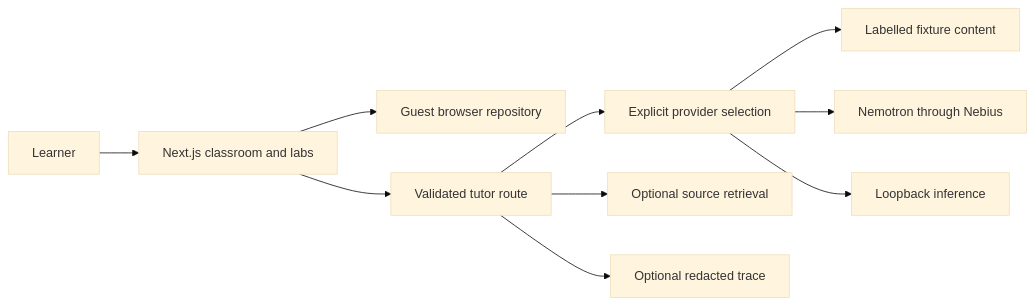
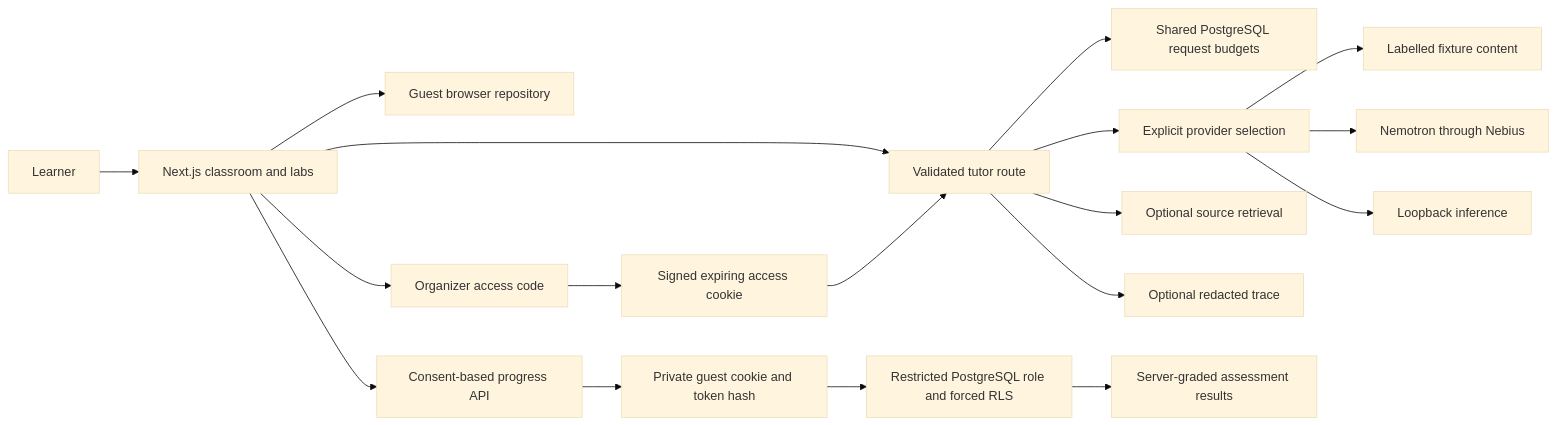
One commit to skmdshariff143-ai/neurolearn-ai changed the diagram in docs/ARCHITECTURE.md. Above: the diagram before and after it, drawn with Mermaid (base theme). The commit also changed other lines of this file and 57 other files, not shown here.

Commit message:
Harden demo access and prepare PostgreSQL persistence and live verification

````diff
--- a/docs/ARCHITECTURE.md
+++ b/docs/ARCHITECTURE.md
@@ -5,12 +5,20 @@
 ```mermaid
 flowchart LR
   Learner --> UI[Next.js classroom and labs]
   UI --> Browser[Guest browser repository]
   UI --> API[Validated tutor route]
+  UI --> Access[Organizer access code]
+  Access --> Cookie[Signed expiring access cookie]
+  Cookie --> API
+  API --> Budget[Shared PostgreSQL request budgets]
   API --> Provider[Explicit provider selection]
   Provider --> Fixture[Labelled fixture content]
   Provider --> Nebius[Nemotron through Nebius]
   Provider --> Local[Loopback inference]
   API --> Tavily[Optional source retrieval]
   API --> LangSmith[Optional redacted trace]
+  UI --> Progress[Consent-based progress API]
+  Progress --> Guest[Private guest cookie and token hash]
+  Guest --> PG[Restricted PostgreSQL role and forced RLS]
+  PG --> Records[Server-graded assessment results]
 ```
````
